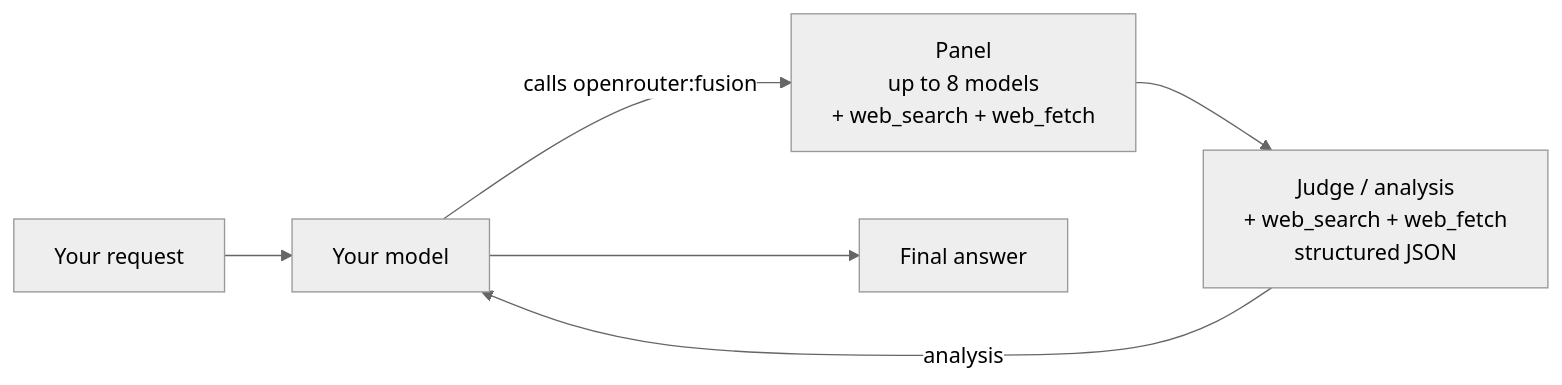
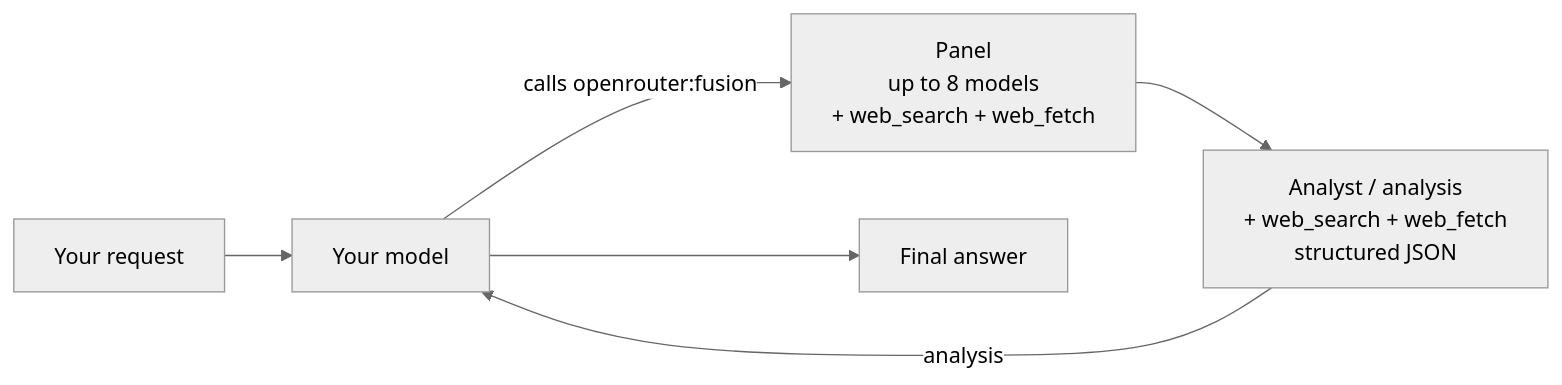
One commit to Eyre921/ofiicial-developer-docs changed the diagram in ai-models/openrouter/pages/docs/guides/features/plugins/fusion.md. Above: the diagram before and after it, drawn with Mermaid (neutral theme). The commit also changed other lines of this file and 144 other files, not shown here.

````diff
--- a/ai-models/openrouter/pages/docs/guides/features/plugins/fusion.md
+++ b/ai-models/openrouter/pages/docs/guides/features/plugins/fusion.md
@@ -65,8 +65,8 @@
 ```mermaid lines theme={null}
 flowchart LR
   request[Your request] --> model[Your model]
   model -- calls openrouter:fusion --> panel[Panel<br/>up to 8 models<br/>+ web_search + web_fetch]
-  panel --> judge[Judge / analysis<br/>+ web_search + web_fetch<br/>structured JSON]
-  judge -- analysis --> model
+  panel --> analyst[Analyst / analysis<br/>+ web_search + web_fetch<br/>structured JSON]
+  analyst -- analysis --> model
   model --> answer[Final answer]
 ```
````
